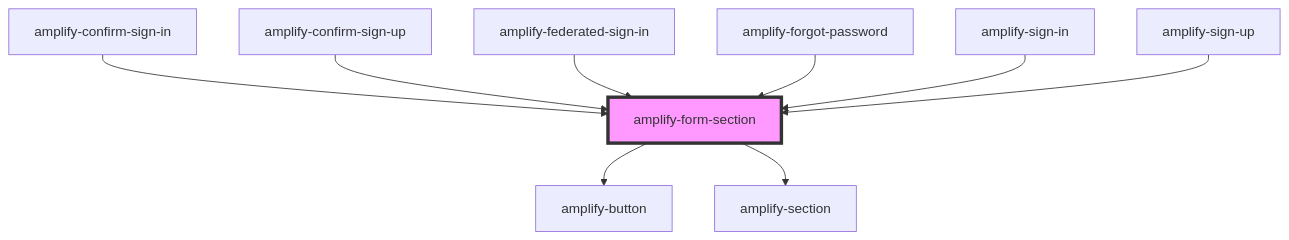
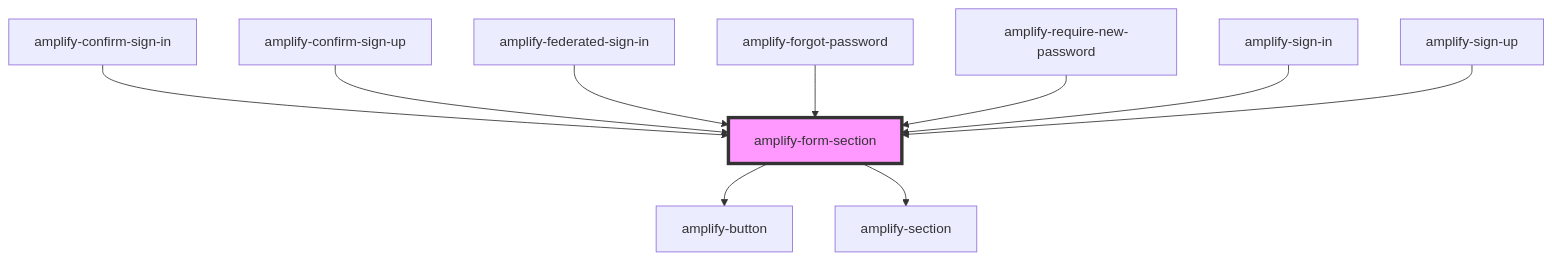
One commit to OneDev0411/amplify-js changed the diagram in packages/amplify-ui-components/src/components/amplify-form-section/readme.md. Above: the diagram before and after it, drawn with Mermaid. The commit also changed other lines of this file and 17 other files, not shown here.

First line of the commit message:
feat(@aws-amplify/ui-components): amplify-require-new-password component (#4421)

````diff
--- a/packages/amplify-ui-components/src/components/amplify-form-section/readme.md
+++ b/packages/amplify-ui-components/src/components/amplify-form-section/readme.md
@@ -35,12 +36,13 @@
 ```mermaid
 graph TD;
   amplify-form-section --> amplify-button
   amplify-form-section --> amplify-section
   amplify-confirm-sign-in --> amplify-form-section
   amplify-confirm-sign-up --> amplify-form-section
   amplify-federated-sign-in --> amplify-form-section
   amplify-forgot-password --> amplify-form-section
+  amplify-require-new-password --> amplify-form-section
   amplify-sign-in --> amplify-form-section
   amplify-sign-up --> amplify-form-section
   style amplify-form-section fill:#f9f,stroke:#333,stroke-width:4px
 ```
````
